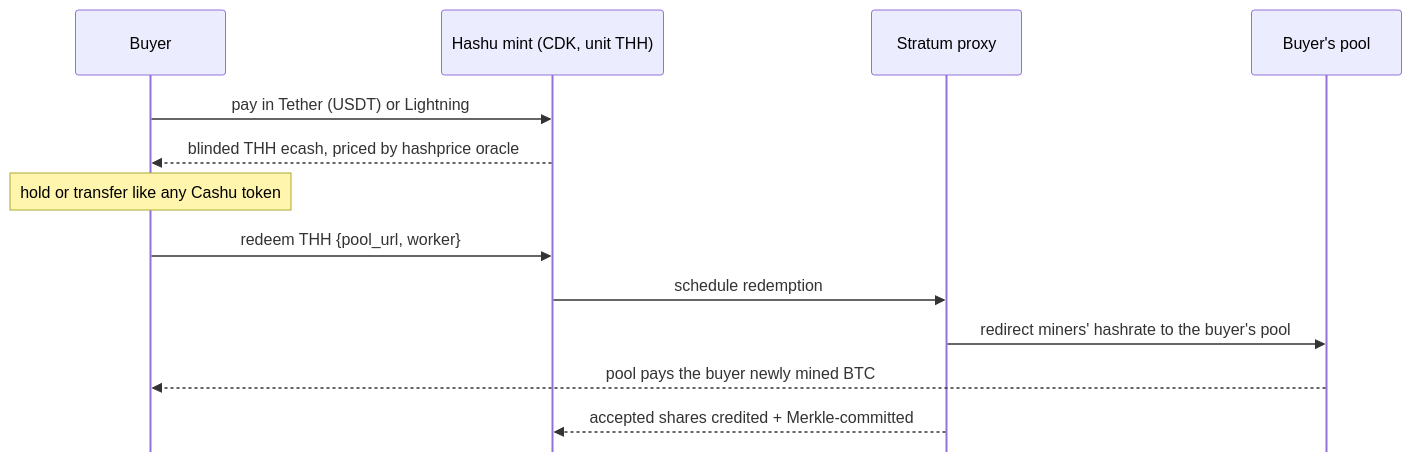
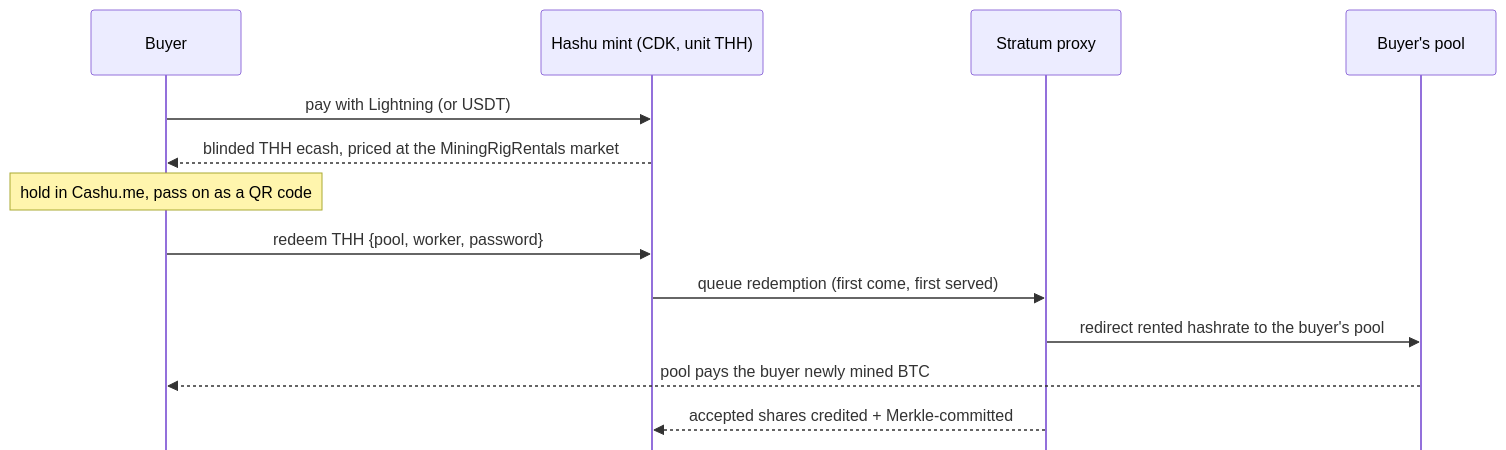
Before and after one commit to asherp/hashu: the diagram in slides/slides.md, drawn with Mermaid. The commit also changed other lines of this file and 1 other file, not shown here.

````diff
--- a/slides/slides.md
+++ b/slides/slides.md
@@ -56,16 +56,16 @@
 ```mermaid {scale: 0.55}
 %%{init: {'sequence': {'mirrorActors': false, 'messageMargin': 22}}}%%
 sequenceDiagram
   participant B as Buyer
   participant M as Hashu mint (CDK, unit THH)
   participant P as Stratum proxy
   participant L as Buyer's pool
-  B->>M: pay in Tether (USDT) or Lightning
-  M-->>B: blinded THH ecash, priced by hashprice oracle
-  Note over B: hold or transfer like any Cashu token
-  B->>M: redeem THH {pool_url, worker}
-  M->>P: schedule redemption
-  P->>L: redirect miners' hashrate to the buyer's pool
+  B->>M: pay with Lightning (or USDT)
+  M-->>B: blinded THH ecash, priced at the MiningRigRentals market
+  Note over B: hold in Cashu.me, pass on as a QR code
+  B->>M: redeem THH {pool, worker, password}
+  M->>P: queue redemption (first come, first served)
+  P->>L: redirect rented hashrate to the buyer's pool
   L-->>B: pool pays the buyer newly mined BTC
   P-->>M: accepted shares credited + Merkle-committed
 ```
````
